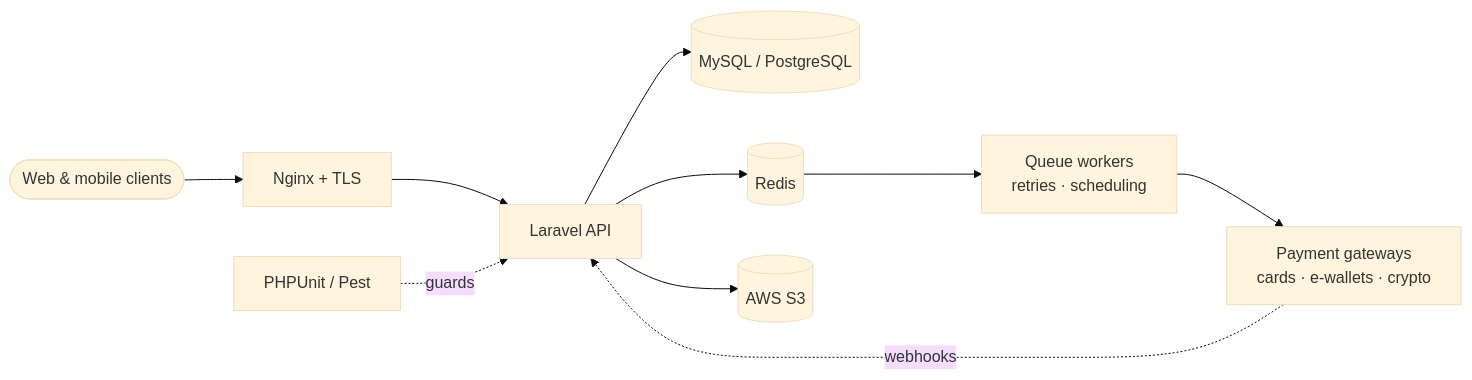
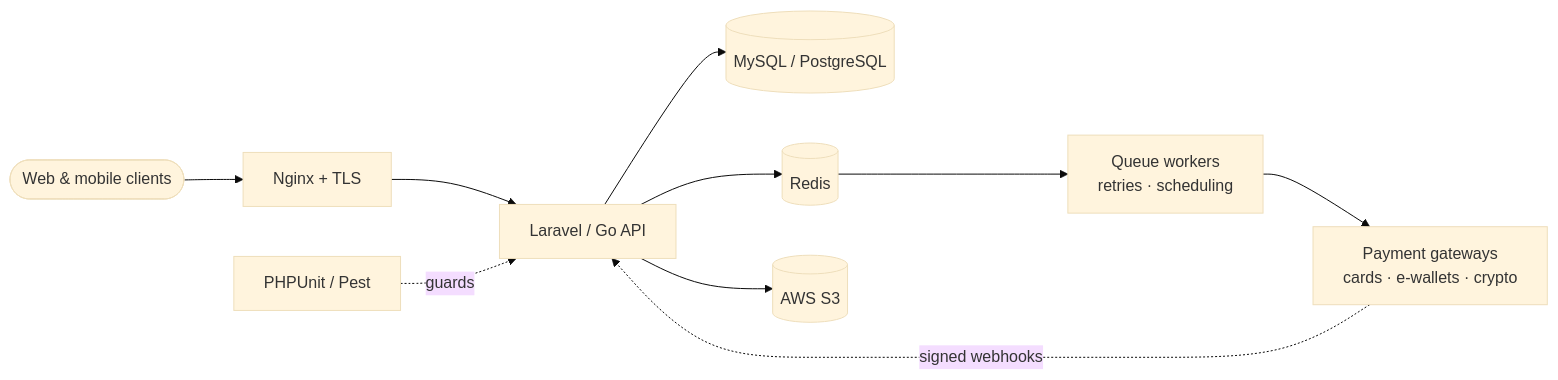
Before and after one commit to ghassendev/ghassendev: the diagram in README.md, drawn with Mermaid (base theme). The commit also changed other lines of this file and 6 other files, not shown here.

First line of the commit message:
Showcase 5+ years: stats, skills matrix, journey timeline, selected work

````diff
--- a/README.md
+++ b/README.md
@@ -21,12 +47,12 @@
 ```mermaid
 flowchart LR
     C([Web & mobile clients]) --> N[Nginx + TLS]
-    N --> A[Laravel API]
+    N --> A[Laravel / Go API]
     A --> DB[(MySQL / PostgreSQL)]
     A --> R[(Redis)]
     R --> W[Queue workers<br/>retries · scheduling]
     W --> P[Payment gateways<br/>cards · e-wallets · crypto]
-    P -. webhooks .-> A
+    P -. signed webhooks .-> A
     A --> S3[(AWS S3)]
     T[PHPUnit / Pest] -. guards .-> A
 ```
````
